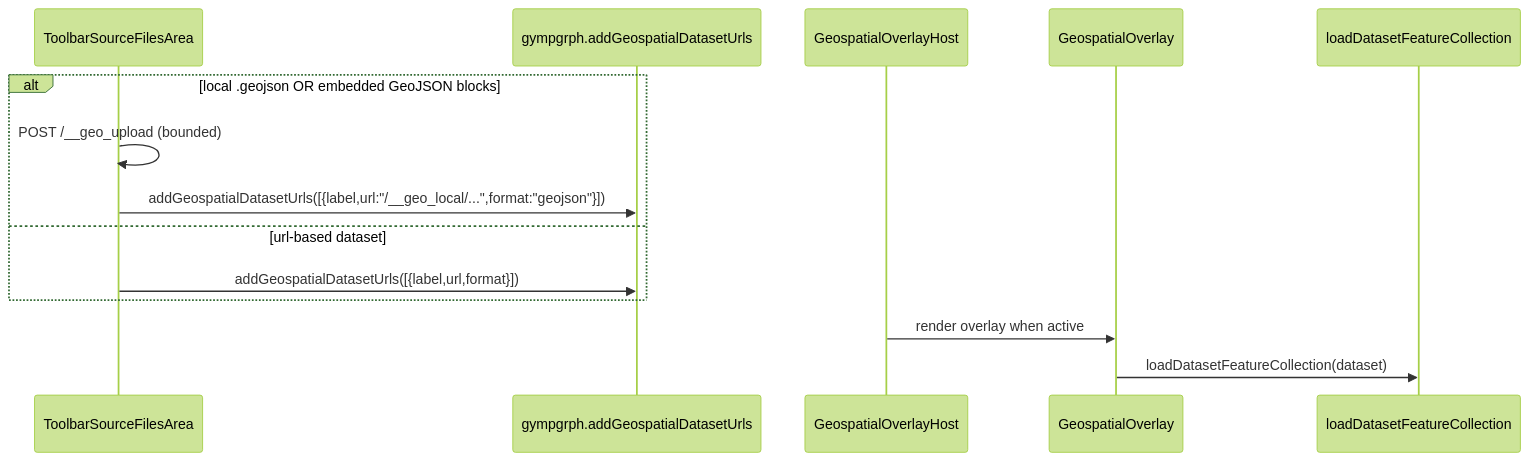
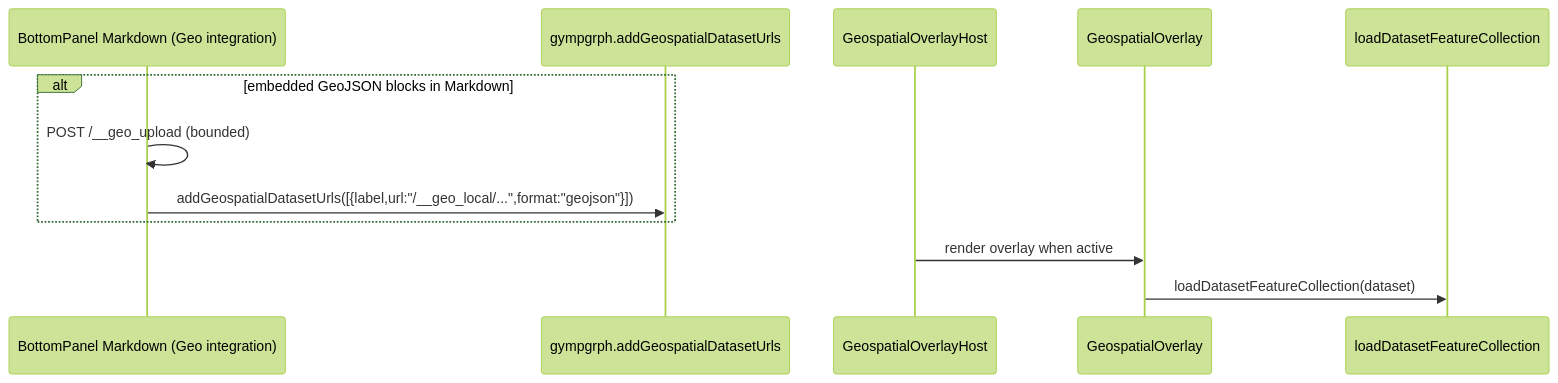
Before and after one commit to huijoohwee/knowgrph: the third of 3 diagrams in docs/documents/knowgrph-source-files-import-document.md, drawn with Mermaid (forest theme). The commit also changed other lines of this file and 116 other files, not shown here.

````diff
--- a/docs/documents/knowgrph-source-files-import-document.md
+++ b/docs/documents/knowgrph-source-files-import-document.md
@@ -78,17 +80,15 @@
 ```mermaid
 sequenceDiagram
-  participant UI as ToolbarSourceFilesArea
+  participant UI as BottomPanel Markdown (Geo integration)
   participant M as gympgrph.addGeospatialDatasetUrls
   participant H as GeospatialOverlayHost
   participant O as GeospatialOverlay
   participant L as loadDatasetFeatureCollection
 
-  alt local .geojson OR embedded GeoJSON blocks
+  alt embedded GeoJSON blocks in Markdown
     UI->>UI: POST /__geo_upload (bounded)
     UI->>M: addGeospatialDatasetUrls([{label,url:"/__geo_local/...",format:"geojson"}])
-  else url-based dataset
-    UI->>M: addGeospatialDatasetUrls([{label,url,format}])
   end
   H->>O: render overlay when active
   O->>L: loadDatasetFeatureCollection(dataset)
 ```
````
